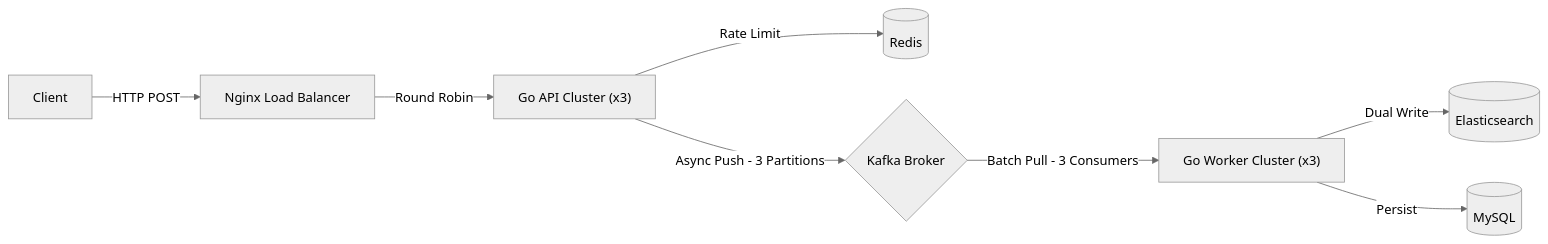
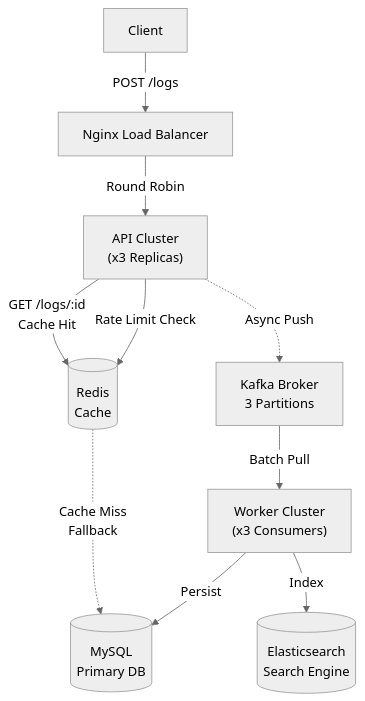
Before and after one commit to Yupoer/logpulse: the diagram in README.md, drawn with Mermaid (neutral theme). The commit also changed other lines of this file and 13 other files, not shown here.

````diff
--- a/README.md
+++ b/README.md
@@ -268,10 +151,27 @@
 ```mermaid
-graph LR
-    Client[Client] -->|HTTP POST| Nginx[Nginx Load Balancer]
-    Nginx -->|Round Robin| API["Go API Cluster (x3)"]
-    API -->|Rate Limit| Redis[(Redis)]
-    API -->|Async Push - 3 Partitions| Kafka{Kafka Broker}
-    Kafka -->|Batch Pull - 3 Consumers| Worker["Go Worker Cluster (x3)"]
-    Worker -->|Dual Write| ES[(Elasticsearch)]
-    Worker -->|Persist| MySQL[(MySQL)]
+graph TB
+    Client[Client]
+    Nginx[Nginx Load Balancer]
+    
+    API["API Cluster<br/>(x3 Replicas)"]
+    Kafka[Kafka Broker<br/>3 Partitions]
+    Worker["Worker Cluster<br/>(x3 Consumers)"]
+    
+    Redis[(Redis<br/>Cache)]
+    MySQL[(MySQL<br/>Primary DB)]
+    ES[(Elasticsearch<br/>Search Engine)]
+    
+    %% Write Flow
+    Client -->|POST /logs| Nginx
+    Nginx -->|Round Robin| API
+    API -->|Rate Limit Check| Redis
+    API -.->|Async Push| Kafka
+    Kafka -->|Batch Pull| Worker
+    Worker -->|Persist| MySQL
+    Worker -->|Index| ES
+    
+    %% Read Flow
+    API -->|GET /logs/:id<br/>Cache Hit| Redis
+    Redis -.->|Cache Miss<br/>Fallback| MySQL
+    
 ```
````
